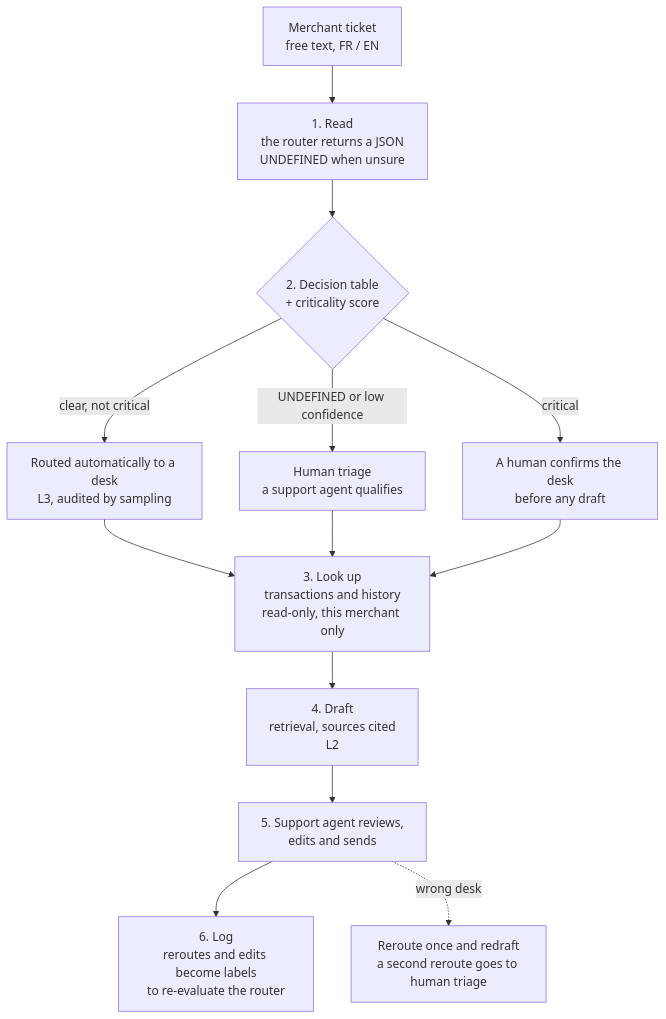
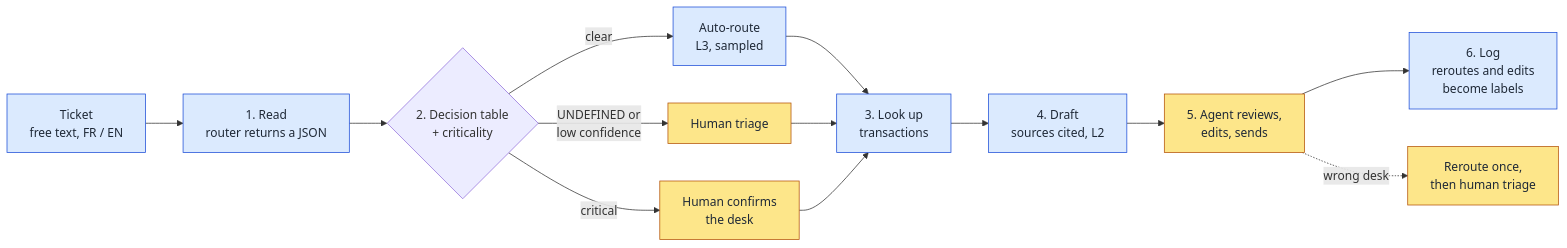
One commit to Xenodion/data-ai-product-to-delivery-navy changed the diagram in README.md. Above: the diagram before and after it, drawn with Mermaid. The commit also changed other lines of this file, not shown here.

Commit message:
README: horizontal flow chart with human and machine steps colored

````diff
--- a/README.md
+++ b/README.md
@@ -51,15 +51,19 @@
 ```mermaid
-flowchart TD
-    A["Merchant ticket<br/>free text, FR / EN"] --> B["1. Read<br/>the router returns a JSON<br/>UNDEFINED when unsure"]
-    B --> C{"2. Decision table<br/>+ criticality score"}
-    C -->|"clear, not critical"| D["Routed automatically to a desk<br/>L3, audited by sampling"]
-    C -->|"UNDEFINED or low confidence"| T["Human triage<br/>a support agent qualifies"]
-    C -->|"critical"| K["A human confirms the desk<br/>before any draft"]
-    D --> E["3. Look up<br/>transactions and history<br/>read-only, this merchant only"]
+flowchart LR
+    A["Ticket<br/>free text, FR / EN"] --> B["1. Read<br/>router returns a JSON"]
+    B --> C{"2. Decision table<br/>+ criticality"}
+    C -->|"clear"| D["Auto-route<br/>L3, sampled"]
+    C -->|"UNDEFINED or<br/>low confidence"| T["Human triage"]
+    C -->|"critical"| K["Human confirms<br/>the desk"]
+    D --> E["3. Look up<br/>transactions"]
     T --> E
     K --> E
-    E --> F["4. Draft<br/>retrieval, sources cited<br/>L2"]
-    F --> G["5. Support agent reviews,<br/>edits and sends"]
-    G --> H["6. Log<br/>reroutes and edits become labels<br/>to re-evaluate the router"]
-    G -.->|"wrong desk"| R["Reroute once and redraft<br/>a second reroute goes to human triage"]
+    E --> F["4. Draft<br/>sources cited, L2"]
+    F --> G["5. Agent reviews,<br/>edits, sends"]
+    G --> H["6. Log<br/>reroutes and edits<br/>become labels"]
+    G -.->|"wrong desk"| R["Reroute once,<br/>then human triage"]
+    classDef machine fill:#dbeafe,stroke:#1d4ed8,color:#1f2937
+    classDef human fill:#fde68a,stroke:#b45309,color:#1f2937
+    class A,B,D,E,F,H machine
+    class T,K,G,R human
 ```
````
